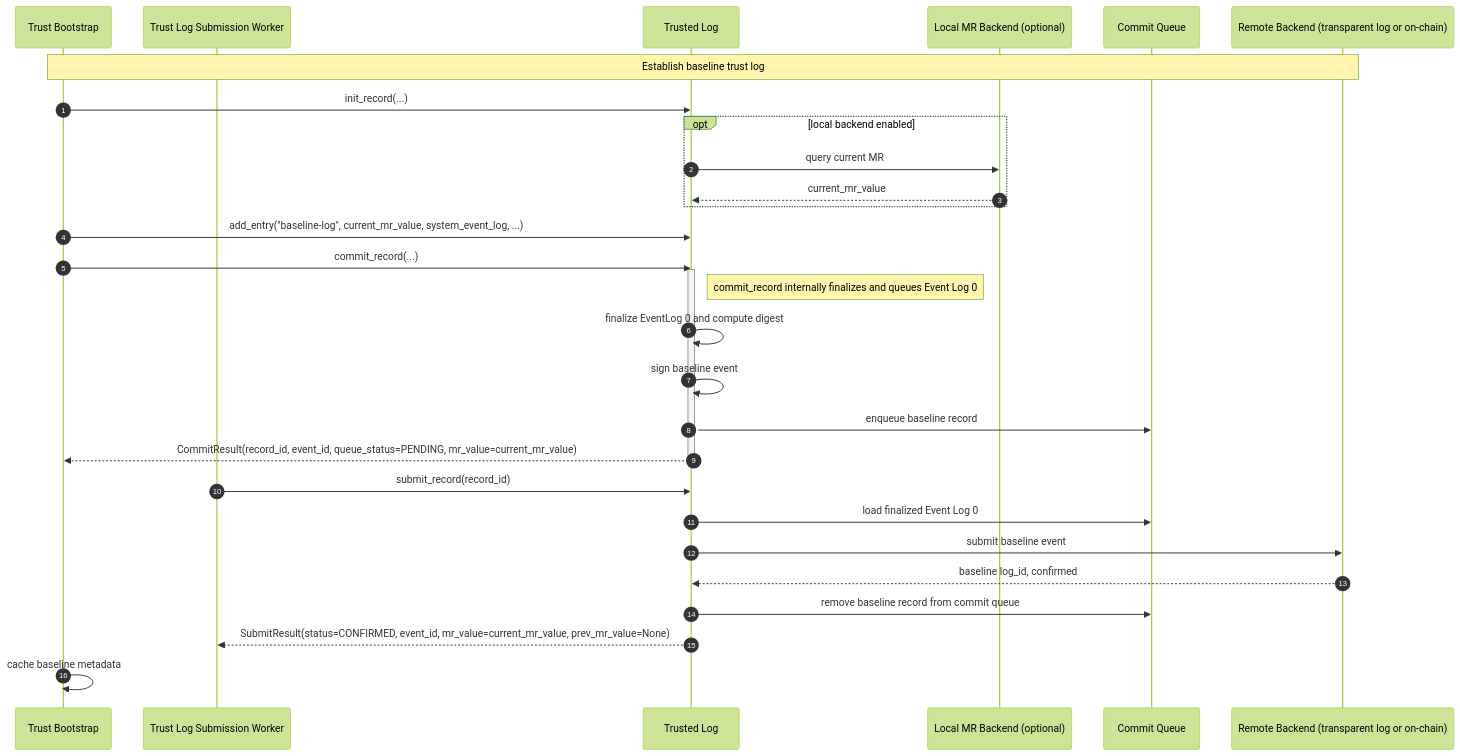
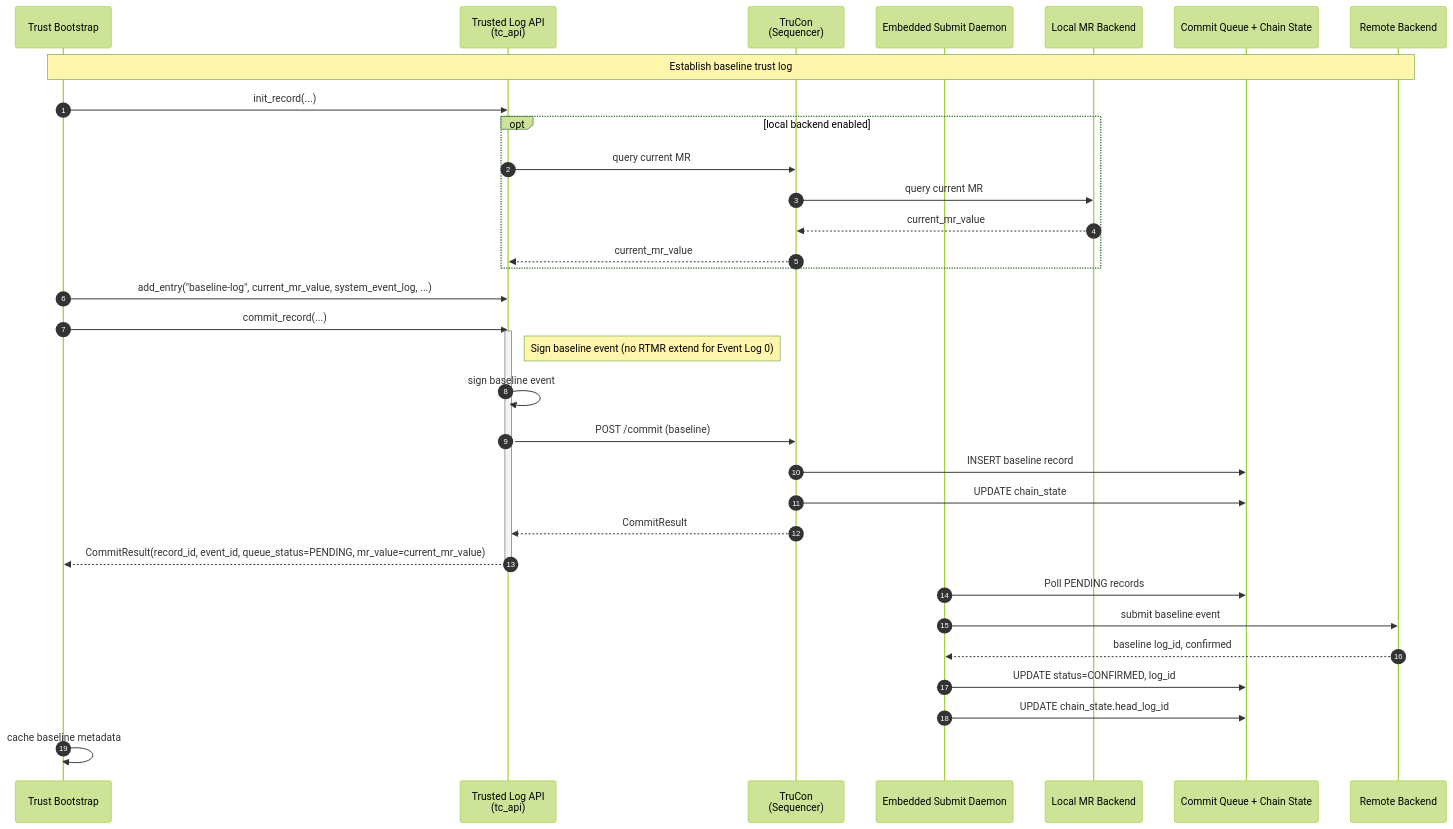
The fifth of 7 diagrams in trusted-log/architecture.md (intel/confidential-computing-zoo), drawn with Mermaid (forest theme) before and after one commit. The commit also changed other lines of this file and 37 other files, not shown here.

Commit message:
Refactor architecture

````diff
--- a/trusted-log/architecture.md
+++ b/trusted-log/architecture.md
@@ -504,35 +543,39 @@
 ```mermaid
 sequenceDiagram
     autonumber
 
     participant TB as Trust Bootstrap
-    participant TL_SW as Trust Log Submission Worker
-    participant TL as Trusted Log
-    participant LB as Local MR Backend (optional)
-    participant PQ as Commit Queue
-    participant RB as Remote Backend (transparent log or on-chain)
+    participant TL as Trusted Log API<br/>(tc_api)
+    participant TA as TruCon<br/>(Sequencer)
+    participant SD as Embedded Submit Daemon
+    participant LB as Local MR Backend
+    participant PQ as Commit Queue + Chain State
+    participant RB as Remote Backend
 
     Note over TB,RB: Establish baseline trust log
     TB->>TL: init_record(...)
     opt local backend enabled
-        TL->>LB: query current MR
-        LB-->>TL: current_mr_value
+        TL->>TA: query current MR
+        TA->>LB: query current MR
+        LB-->>TA: current_mr_value
+        TA-->>TL: current_mr_value
     end
     TB->>TL: add_entry("baseline-log", current_mr_value, system_event_log, ...)
     TB->>TL: commit_record(...)
     activate TL
-    Note right of TL: commit_record internally finalizes and queues Event Log 0
-    TL->>TL: finalize EventLog 0 and compute digest
+    Note right of TL: Sign baseline event (no RTMR extend for Event Log 0)
     TL->>TL: sign baseline event
-    TL->>PQ: enqueue baseline record
+    TL->>TA: POST /commit (baseline)
+    TA->>PQ: INSERT baseline record
+    TA->>PQ: UPDATE chain_state
+    TA-->>TL: CommitResult
     TL-->>TB: CommitResult(record_id, event_id, queue_status=PENDING, mr_value=current_mr_value)
     deactivate TL
 
-    TL_SW->>TL: submit_record(record_id)
-    TL->>PQ: load finalized Event Log 0
-    TL->>RB: submit baseline event
-    RB-->>TL: baseline log_id, confirmed
-    TL->>PQ: remove baseline record from commit queue
-    TL-->>TL_SW: SubmitResult(status=CONFIRMED, event_id, mr_value=current_mr_value, prev_mr_value=None)
+    SD->>PQ: Poll PENDING records
+    SD->>RB: submit baseline event
+    RB-->>SD: baseline log_id, confirmed
+    SD->>PQ: UPDATE status=CONFIRMED, log_id
+    SD->>PQ: UPDATE chain_state.head_log_id
     TB->>TB: cache baseline metadata
 ```
````
